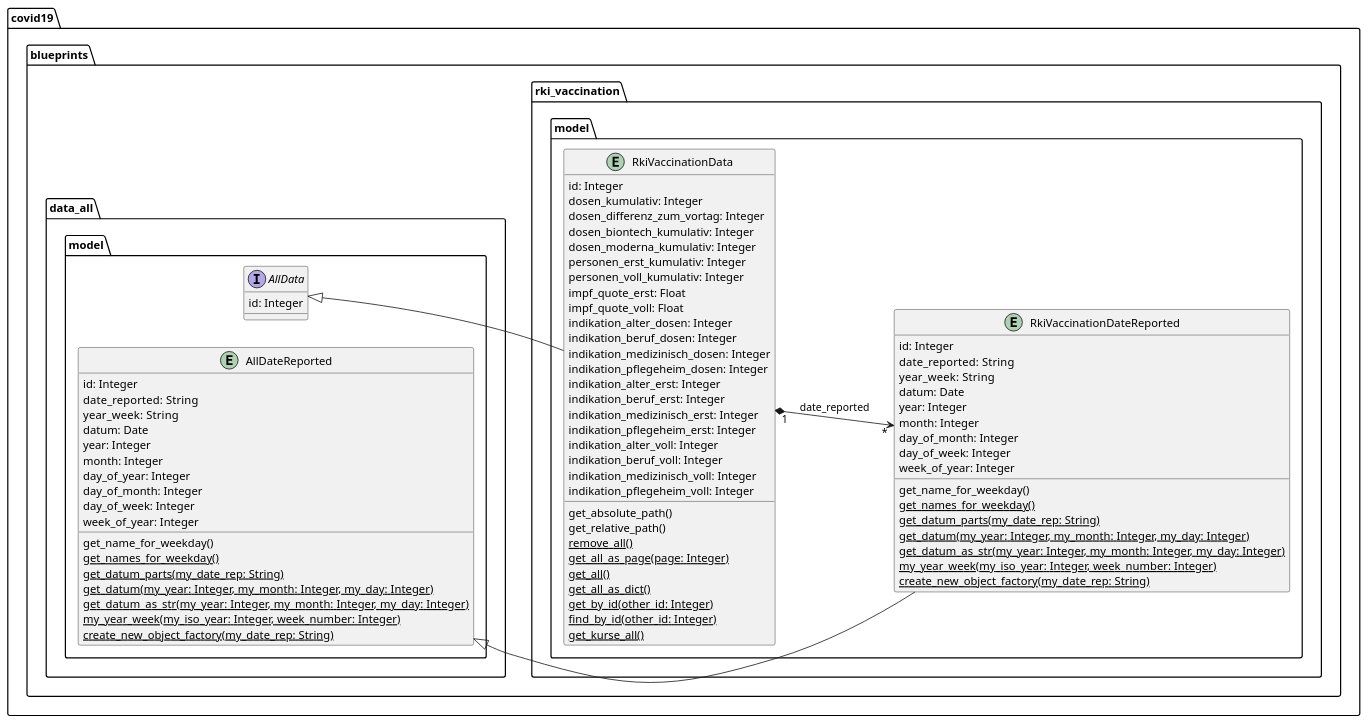
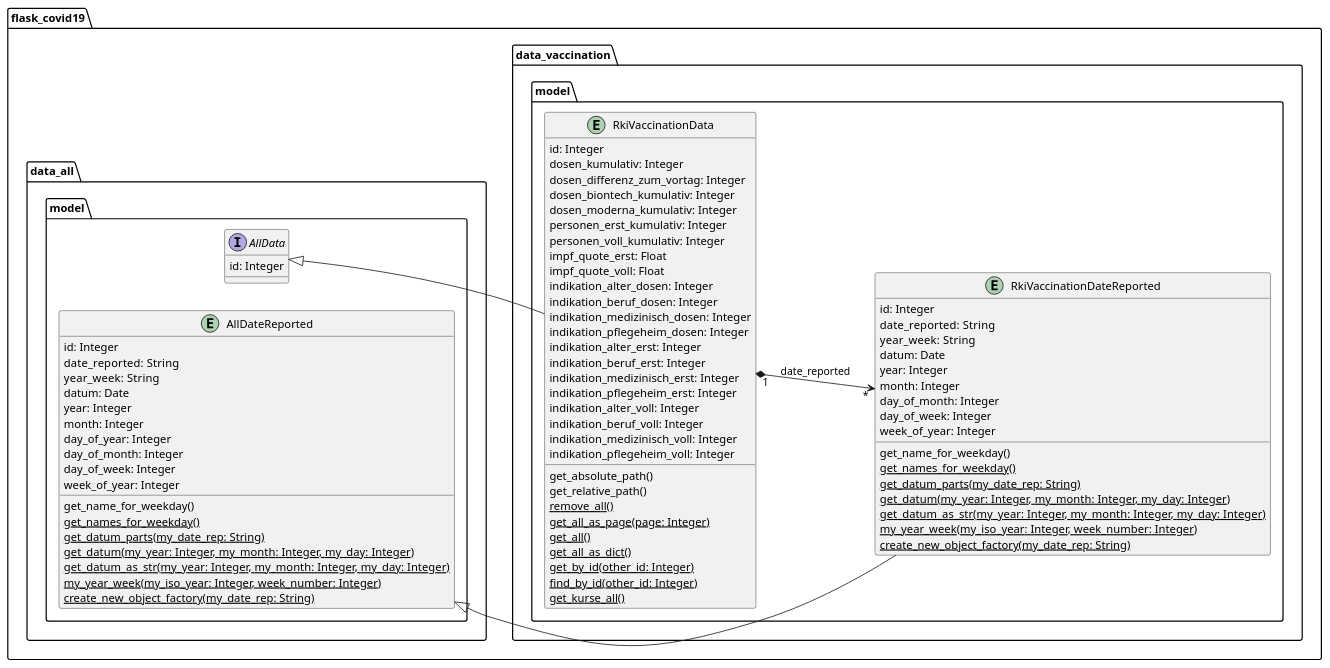
Before and after one commit to thomaswoehlke/flask_covid19: the diagram in docs/blueprints/data_vaccination/uml/rki_vaccination_domain_model_star_schema.puml, drawn with PlantUML. The commit also changed 3 other files, not shown here.

```diff
--- a/docs/blueprints/data_vaccination/uml/rki_vaccination_domain_model_star_schema.puml
+++ b/docs/blueprints/data_vaccination/uml/rki_vaccination_domain_model_star_schema.puml
@@ -1,91 +1,91 @@
 @startuml
 left to right direction
 
-package covid19.blueprints.data_all.model {
+package flask_covid19.data_all.model {
 
 	entity AllDateReported {
 	    id: Integer
 		date_reported:  String
 	    year_week:  String
 	    datum: Date
 	    year: Integer
 	    month: Integer
 		day_of_year: Integer
 	    day_of_month: Integer
 	    day_of_week: Integer
 	    week_of_year: Integer
 		get_name_for_weekday()
 		{classifier} get_names_for_weekday()
 		{classifier} get_datum_parts(my_date_rep: String)
 		{classifier} get_datum(my_year: Integer, my_month: Integer, my_day: Integer)
 		{classifier} get_datum_as_str(my_year: Integer, my_month: Integer, my_day: Integer)
 		{classifier} my_year_week(my_iso_year: Integer, week_number: Integer)
 		{classifier} create_new_object_factory(my_date_rep: String)
 	}
 
 	interface AllData {
 	    id: Integer
 	}
 }
 
-package covid19.blueprints.rki_vaccination.model {
+package flask_covid19.data_vaccination.model {
 
 	entity RkiVaccinationDateReported {
 	    id: Integer
 		date_reported:  String
 	    year_week:  String
 	    datum: Date
 	    year: Integer
 	    month: Integer
 	    day_of_month: Integer
 	    day_of_week: Integer
 	    week_of_year: Integer
 		get_name_for_weekday()
 		{classifier} get_names_for_weekday()
 		{classifier} get_datum_parts(my_date_rep: String)
 		{classifier} get_datum(my_year: Integer, my_month: Integer, my_day: Integer)
 		{classifier} get_datum_as_str(my_year: Integer, my_month: Integer, my_day: Integer)
 		{classifier} my_year_week(my_iso_year: Integer, week_number: Integer)
 		{classifier} create_new_object_factory(my_date_rep: String)
 	}
 
 	entity RkiVaccinationData {
 	    id: Integer
 	    dosen_kumulativ: Integer
 	    dosen_differenz_zum_vortag: Integer
 	    dosen_biontech_kumulativ: Integer
 	    dosen_moderna_kumulativ: Integer
 	    personen_erst_kumulativ: Integer
 	    personen_voll_kumulativ: Integer
 	    impf_quote_erst: Float
 	    impf_quote_voll: Float
 	    indikation_alter_dosen: Integer
 	    indikation_beruf_dosen: Integer
 	    indikation_medizinisch_dosen: Integer
 	    indikation_pflegeheim_dosen: Integer
 	    indikation_alter_erst: Integer
 	    indikation_beruf_erst: Integer
 	    indikation_medizinisch_erst: Integer
 	    indikation_pflegeheim_erst: Integer
 	    indikation_alter_voll: Integer
 	    indikation_beruf_voll: Integer
 	    indikation_medizinisch_voll: Integer
 	    indikation_pflegeheim_voll: Integer
 	    get_absolute_path()
 	    get_relative_path()
 	    {classifier} remove_all()
 	    {classifier} get_all_as_page(page: Integer)
 	    {classifier} get_all()
 	    {classifier} get_all_as_dict()
 	    {classifier} get_by_id(other_id: Integer)
 	    {classifier} find_by_id(other_id: Integer)
 	    {classifier} get_kurse_all()
 	}
 }
 
 AllDateReported <|-- RkiVaccinationDateReported
 AllData <|-- RkiVaccinationData
 
 RkiVaccinationData "1" *--> "*" RkiVaccinationDateReported : date_reported
 
 @enduml
```
